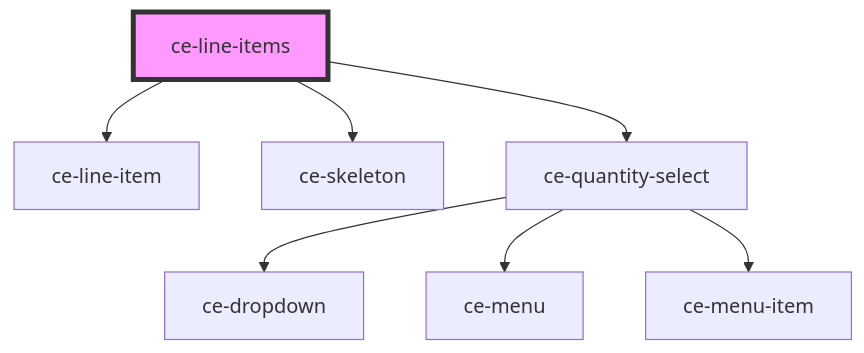
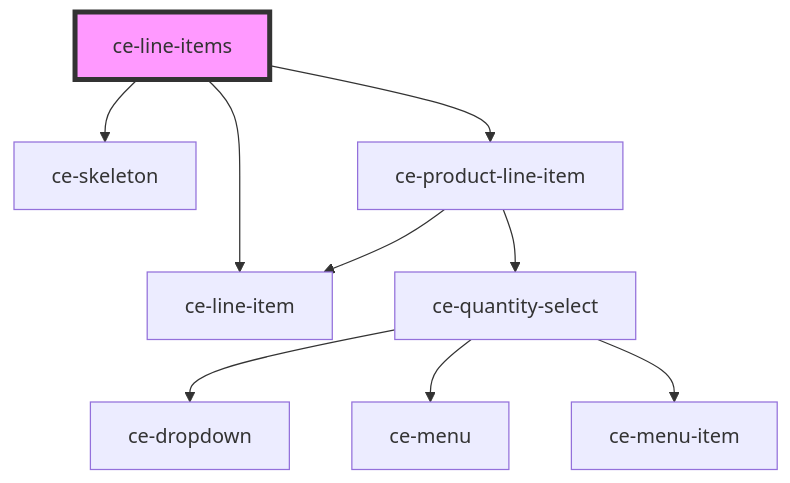
The diagram in packages/components/src/components/controllers/line-items/readme.md (surecart/surecart-wp-plugin), drawn with Mermaid before and after one commit. The commit also changed other lines of this file and 38 other files, not shown here.

````diff
--- a/packages/components/src/components/controllers/line-items/readme.md
+++ b/packages/components/src/components/controllers/line-items/readme.md
@@ -34,10 +34,12 @@
 ```mermaid
 graph TD;
   ce-line-items --> ce-line-item
   ce-line-items --> ce-skeleton
-  ce-line-items --> ce-quantity-select
+  ce-line-items --> ce-product-line-item
+  ce-product-line-item --> ce-line-item
+  ce-product-line-item --> ce-quantity-select
   ce-quantity-select --> ce-dropdown
   ce-quantity-select --> ce-menu
   ce-quantity-select --> ce-menu-item
   style ce-line-items fill:#f9f,stroke:#333,stroke-width:4px
 ```
````
